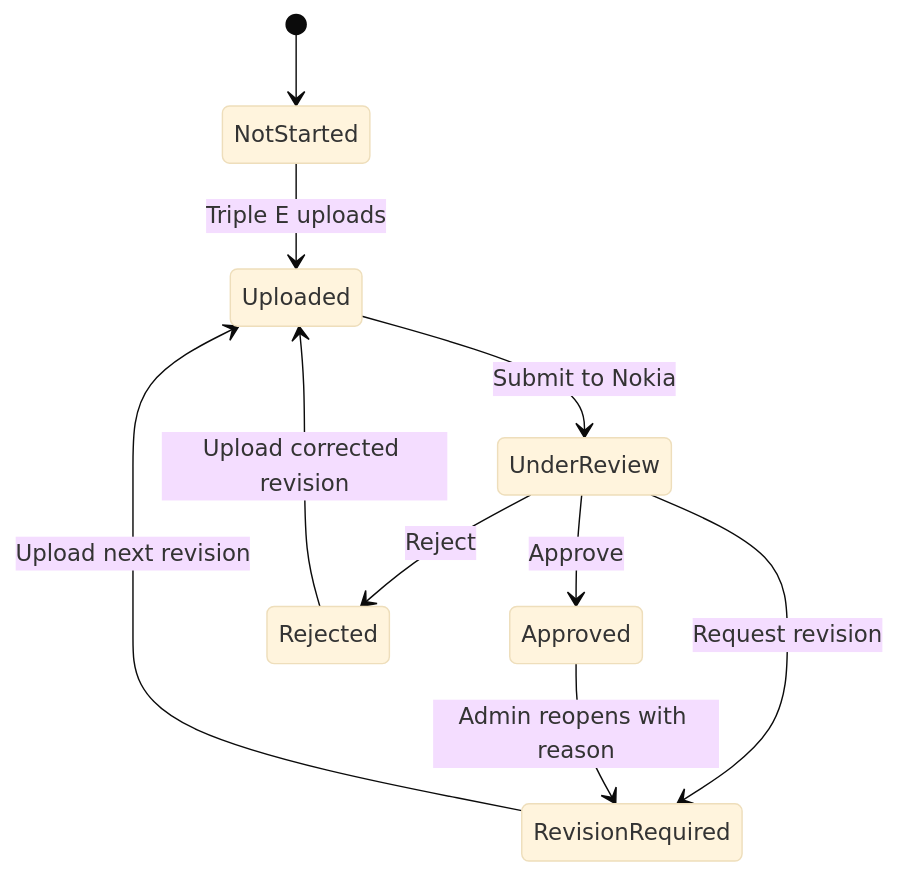
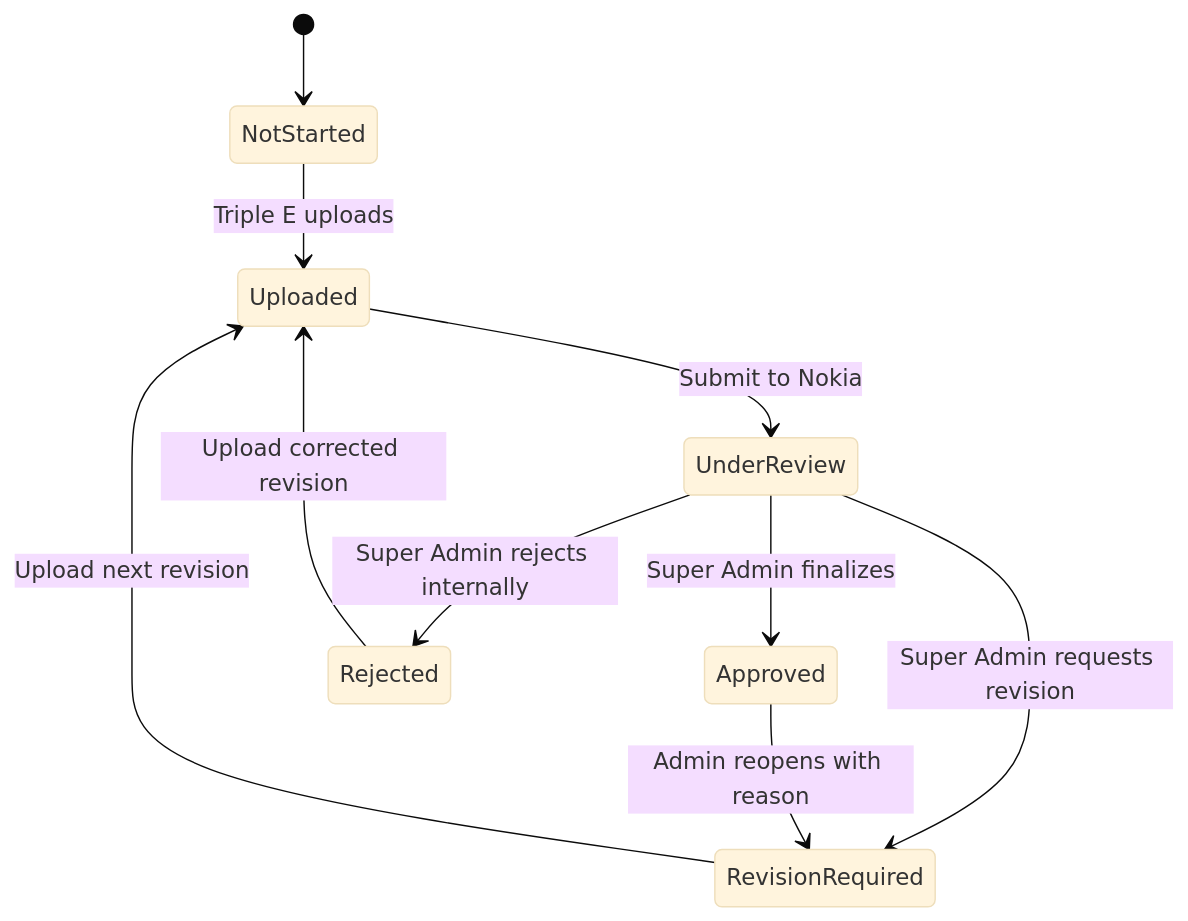
One commit to Edwinmohamad/triplee-dwdm-dms changed the fourth of 4 diagrams in ARCHITECTURE.md. Above: the diagram before and after it, drawn with Mermaid (base theme). The commit also changed other lines of this file and 14 other files, not shown here.

````diff
--- a/ARCHITECTURE.md
+++ b/ARCHITECTURE.md
@@ -58,12 +60,12 @@
 ```mermaid
 stateDiagram-v2
     [*] --> NotStarted
     NotStarted --> Uploaded: Triple E uploads
     Uploaded --> UnderReview: Submit to Nokia
-    UnderReview --> Approved: Approve
-    UnderReview --> RevisionRequired: Request revision
-    UnderReview --> Rejected: Reject
+    UnderReview --> Approved: Super Admin finalizes
+    UnderReview --> RevisionRequired: Super Admin requests revision
+    UnderReview --> Rejected: Super Admin rejects internally
     RevisionRequired --> Uploaded: Upload next revision
     Rejected --> Uploaded: Upload corrected revision
     Approved --> RevisionRequired: Admin reopens with reason
 ```
````
